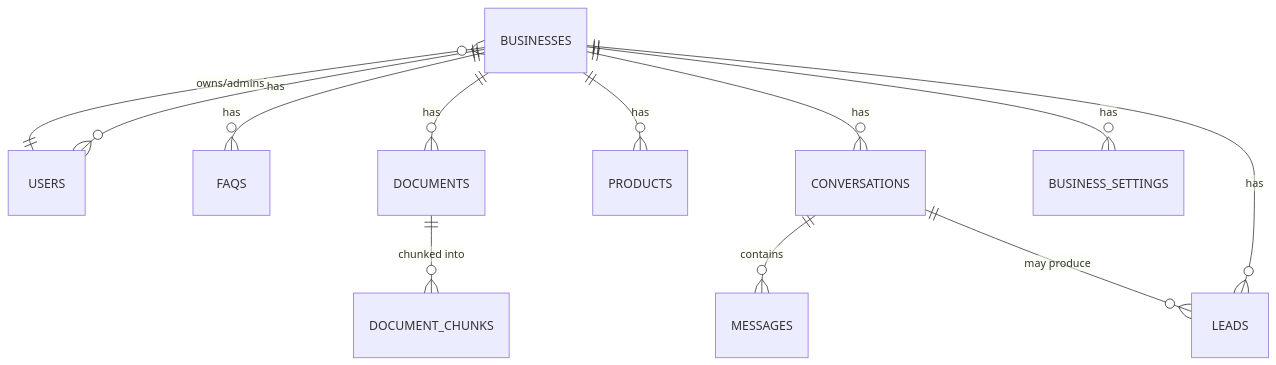
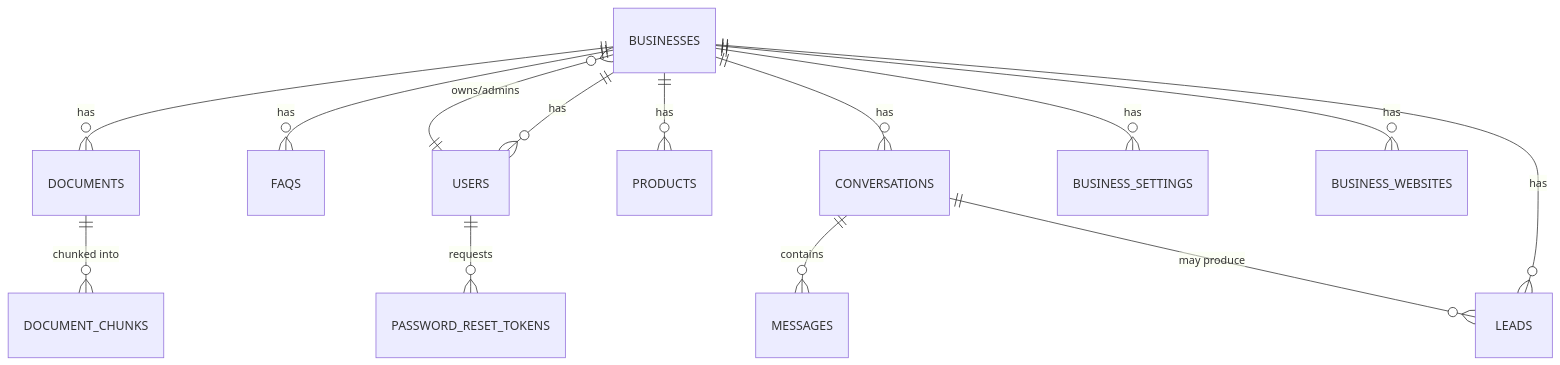
One commit to PratibhaRepos1/AgentNexus changed the diagram in files/DATABASE_SCHEMA.md. Above: the diagram before and after it, drawn with Mermaid. The commit also changed other lines of this file and 6 other files, not shown here.

````diff
--- a/files/DATABASE_SCHEMA.md
+++ b/files/DATABASE_SCHEMA.md
@@ -10,14 +10,16 @@
 ```mermaid
 erDiagram
     BUSINESSES ||--o{ USERS : "has"
     BUSINESSES ||--o{ FAQS : "has"
     BUSINESSES ||--o{ DOCUMENTS : "has"
     BUSINESSES ||--o{ PRODUCTS : "has"
     BUSINESSES ||--o{ CONVERSATIONS : "has"
     BUSINESSES ||--o{ LEADS : "has"
     BUSINESSES ||--o{ BUSINESS_SETTINGS : "has"
+    BUSINESSES ||--o{ BUSINESS_WEBSITES : "has"
     DOCUMENTS ||--o{ DOCUMENT_CHUNKS : "chunked into"
     CONVERSATIONS ||--o{ MESSAGES : "contains"
     CONVERSATIONS ||--o{ LEADS : "may produce"
     USERS ||--o{ BUSINESSES : "owns/admins"
+    USERS ||--o{ PASSWORD_RESET_TOKENS : "requests"
 ```
````
